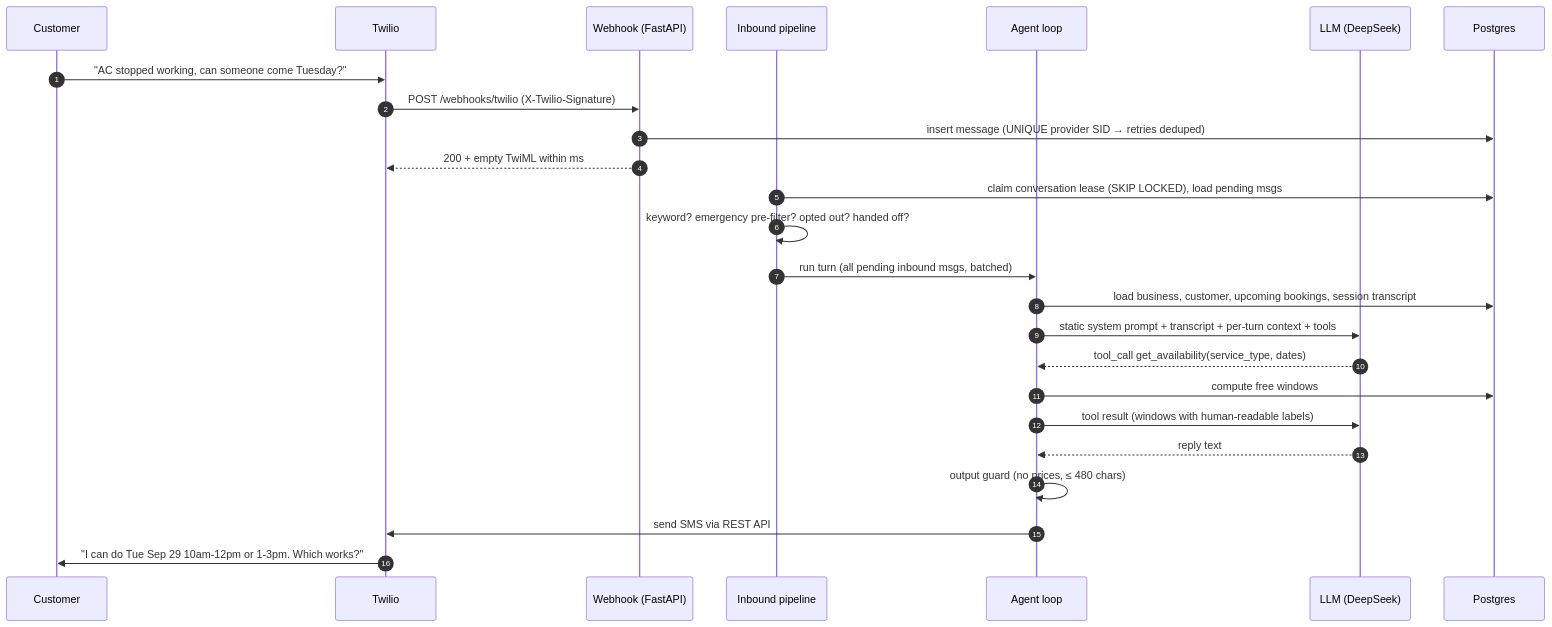
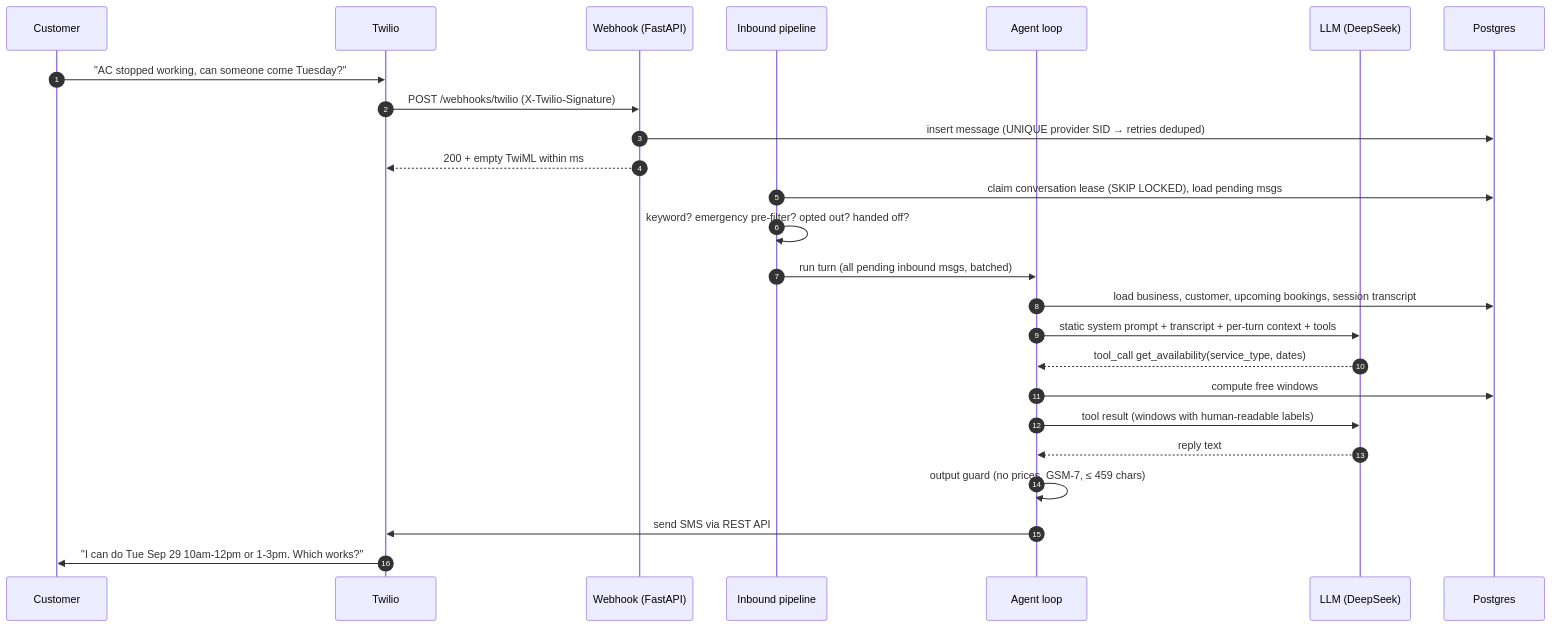
Before and after one commit to anuj13579/sms-booking-agent: the second of 3 diagrams in docs/DESIGN.md, drawn with Mermaid. The commit also changed other lines of this file and 4 other files, not shown here.

````diff
--- a/docs/DESIGN.md
+++ b/docs/DESIGN.md
@@ -68,27 +68,27 @@
 ```mermaid
 sequenceDiagram
   autonumber
   participant C as Customer
   participant T as Twilio
   participant W as Webhook (FastAPI)
   participant P as Inbound pipeline
   participant A as Agent loop
   participant L as LLM (DeepSeek)
   participant D as Postgres
   C->>T: "AC stopped working, can someone come Tuesday?"
   T->>W: POST /webhooks/twilio (X-Twilio-Signature)
   W->>D: insert message (UNIQUE provider SID → retries deduped)
   W-->>T: 200 + empty TwiML within ms
   P->>D: claim conversation lease (SKIP LOCKED), load pending msgs
   P->>P: keyword? emergency pre-filter? opted out? handed off?
   P->>A: run turn (all pending inbound msgs, batched)
   A->>D: load business, customer, upcoming bookings, session transcript
   A->>L: static system prompt + transcript + per-turn context + tools
   L-->>A: tool_call get_availability(service_type, dates)
   A->>D: compute free windows
   A->>L: tool result (windows with human-readable labels)
   L-->>A: reply text
-  A->>A: output guard (no prices, ≤ 480 chars)
+  A->>A: output guard (no prices, GSM-7, ≤ 459 chars)
   A->>T: send SMS via REST API
   T->>C: "I can do Tue Sep 29 10am-12pm or 1-3pm. Which works?"
 ```
````
